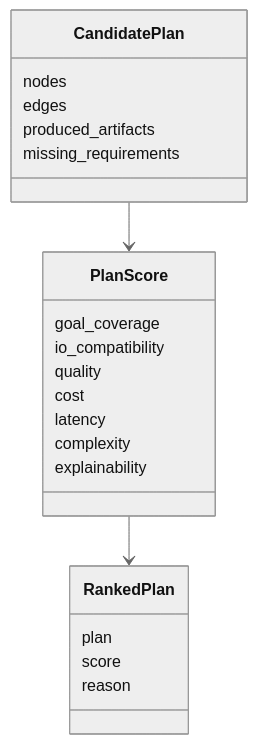
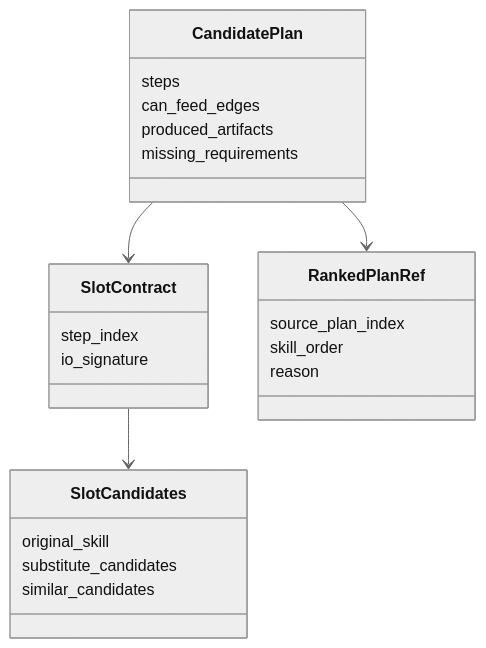
One commit to xiao-yu-lin/SkillMash changed the first of 2 diagrams in docs/modules/online-pruning-ranking.md. Above: the diagram before and after it, drawn with Mermaid (neutral theme). The commit also changed other lines of this file and 21 other files, not shown here.

Commit message:
Implement slot-aware ranking flow and relation feedback loop

````diff
--- a/docs/modules/online-pruning-ranking.md
+++ b/docs/modules/online-pruning-ranking.md
@@ -59,28 +70,30 @@
 ```mermaid
 classDiagram
   class CandidatePlan {
-    nodes
-    edges
+    steps
+    can_feed_edges
     produced_artifacts
     missing_requirements
   }
 
-  class PlanScore {
-    goal_coverage
-    io_compatibility
-    quality
-    cost
-    latency
-    complexity
-    explainability
+  class SlotContract {
+    step_index
+    io_signature
   }
 
-  class RankedPlan {
-    plan
-    score
+  class SlotCandidates {
+    original_skill
+    substitute_candidates
+    similar_candidates
+  }
+
+  class RankedPlanRef {
+    source_plan_index
+    skill_order
     reason
   }
 
-  CandidatePlan --> PlanScore
-  PlanScore --> RankedPlan
+  CandidatePlan --> SlotContract
+  SlotContract --> SlotCandidates
+  CandidatePlan --> RankedPlanRef
 ```
````
